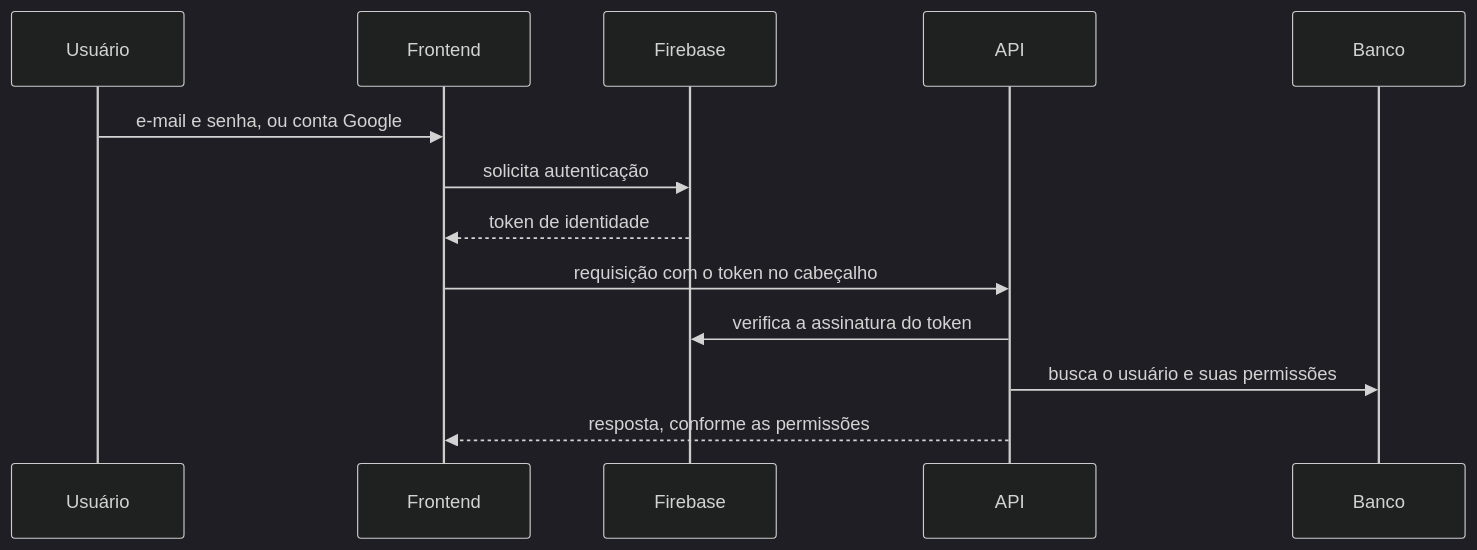
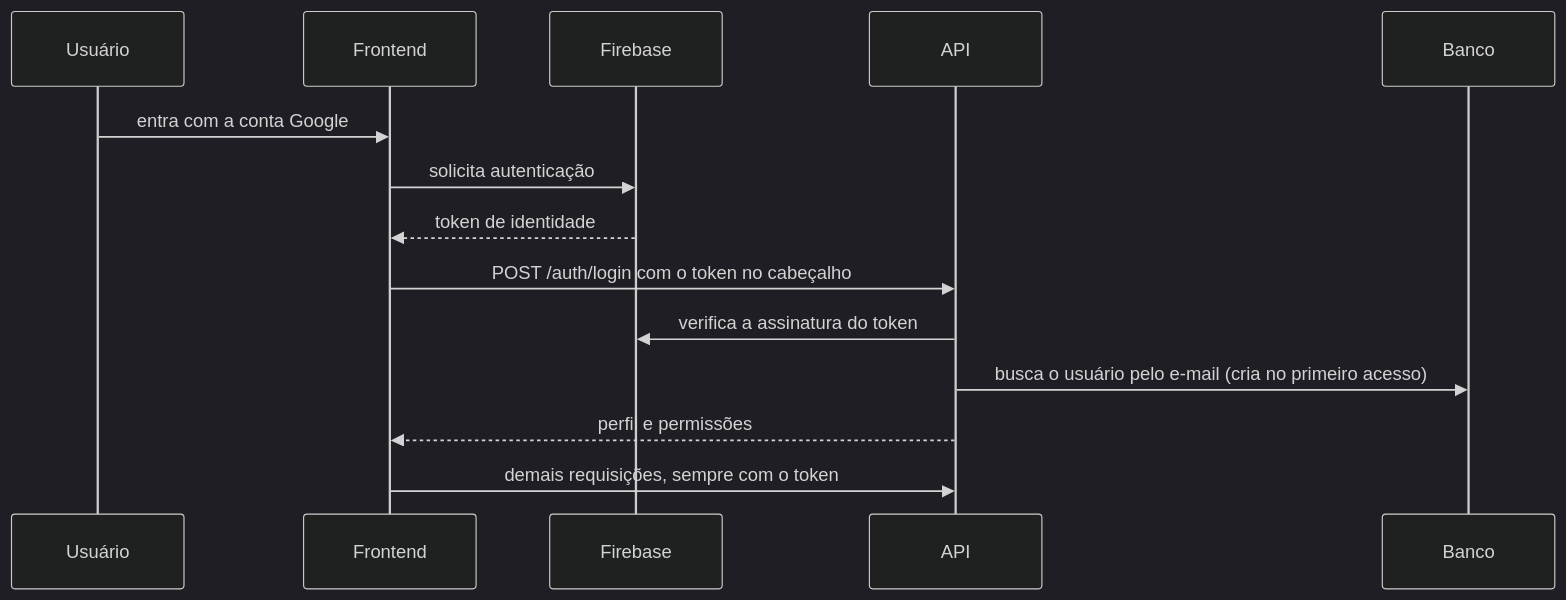
Before and after one commit to IthaloCavalcante/ifvest-docs: the second of 3 diagrams in docs/arquitetura.md, drawn with Mermaid (dark theme). The commit also changed other lines of this file and 17 other files, not shown here.

````diff
--- a/docs/arquitetura.md
+++ b/docs/arquitetura.md
@@ -146,16 +159,17 @@
 ```mermaid
 sequenceDiagram
     participant U as Usuário
     participant W as Frontend
     participant F as Firebase
     participant A as API
     participant D as Banco
 
-    U->>W: e-mail e senha, ou conta Google
+    U->>W: entra com a conta Google
     W->>F: solicita autenticação
     F-->>W: token de identidade
-    W->>A: requisição com o token no cabeçalho
+    W->>A: POST /auth/login com o token no cabeçalho
     A->>F: verifica a assinatura do token
-    A->>D: busca o usuário e suas permissões
-    A-->>W: resposta, conforme as permissões
+    A->>D: busca o usuário pelo e-mail (cria no primeiro acesso)
+    A-->>W: perfil e permissões
+    W->>A: demais requisições, sempre com o token
 ```
````
